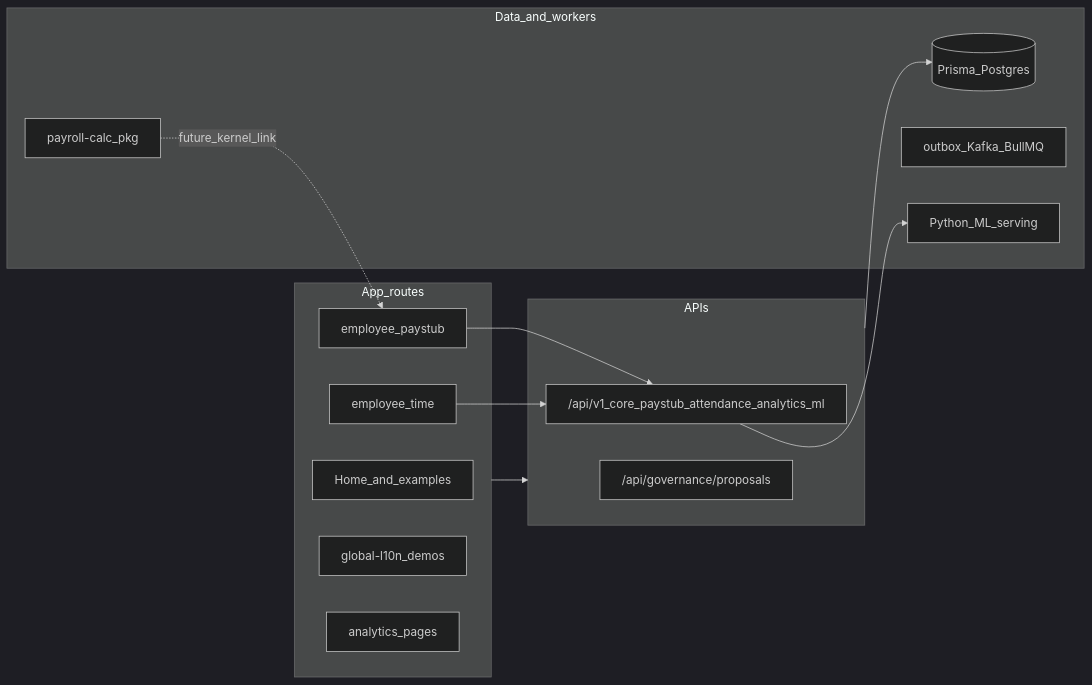
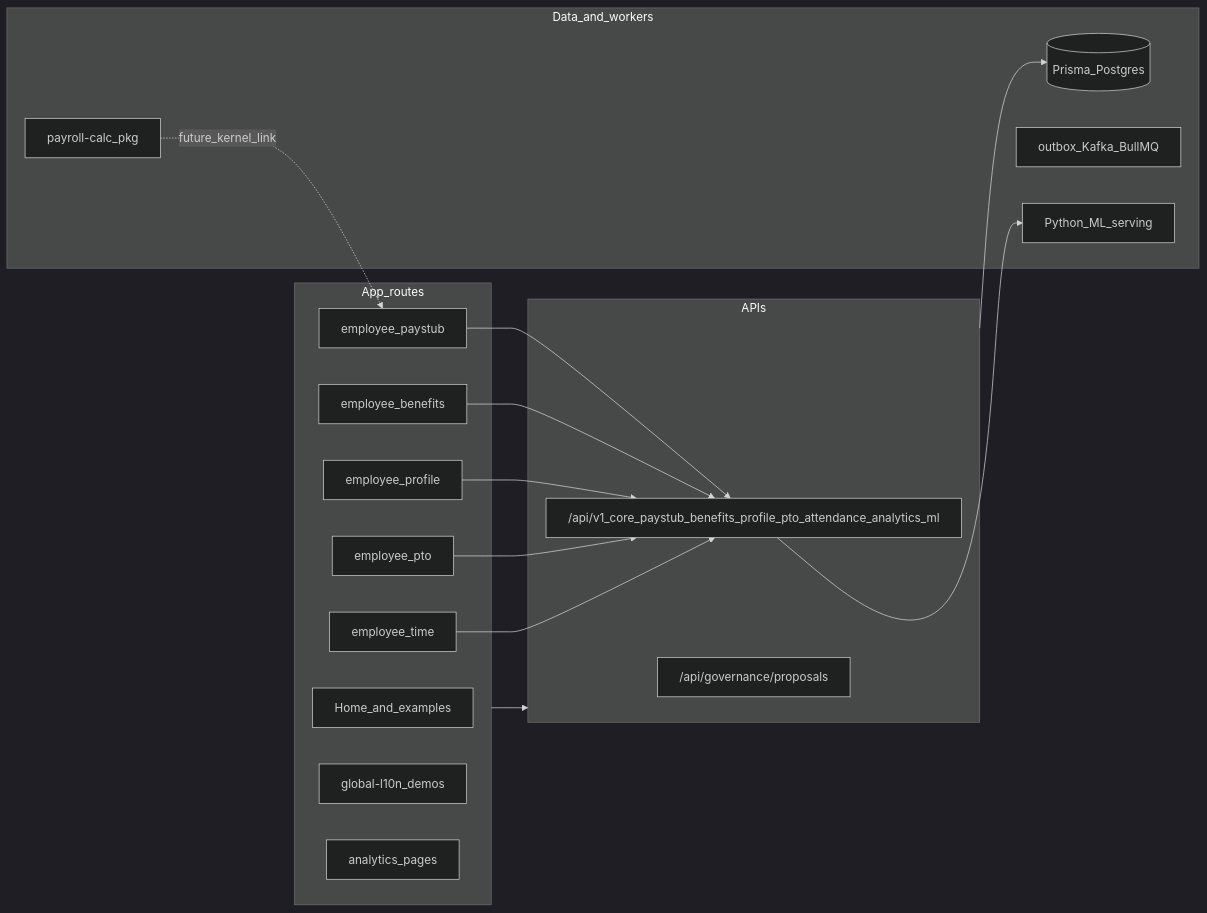
The diagram in docs/product/codebase-completion-baseline.md (SafetyMP/HR-ERP), drawn with Mermaid (dark theme) before and after one commit. The commit also changed other lines of this file and 84 other files, not shown here.

Commit message:
feat: employee HR self-service through profiles, pay, PTO, leave, onboarding

````diff
--- a/docs/product/codebase-completion-baseline.md
+++ b/docs/product/codebase-completion-baseline.md
@@ -105,26 +111,32 @@
 ```mermaid
 flowchart LR
   subgraph ui [App_routes]
     Home[Home_and_examples]
     TimeUI[employee_time]
     Paystub[employee_paystub]
+    BenefitsUI[employee_benefits]
+    ProfileUI[employee_profile]
+    PtoUI[employee_pto]
     L10n[global-l10n_demos]
     AnalyticsUI[analytics_pages]
   end
   subgraph api [APIs]
-    V1["/api/v1_core_paystub_attendance_analytics_ml"]
+    V1["/api/v1_core_paystub_benefits_profile_pto_attendance_analytics_ml"]
     Gov["/api/governance/proposals"]
   end
   subgraph data_plane [Data_and_workers]
     Prisma[(Prisma_Postgres)]
     Calc[payroll-calc_pkg]
     Workers[outbox_Kafka_BullMQ]
     Py[Python_ML_serving]
   end
   ui --> api
   api --> Prisma
   V1 --> Py
   Paystub --> V1
+  BenefitsUI --> V1
+  ProfileUI --> V1
+  PtoUI --> V1
   TimeUI --> V1
   Calc -. future_kernel_link .-> Paystub
 ```
````
